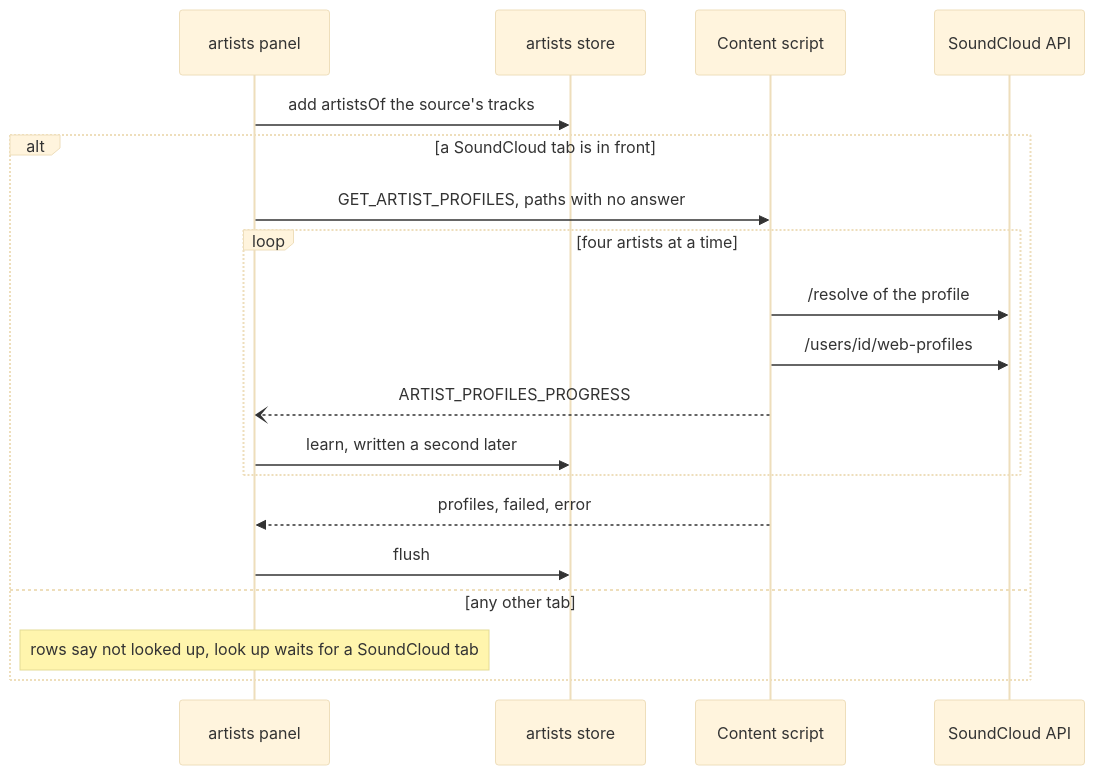
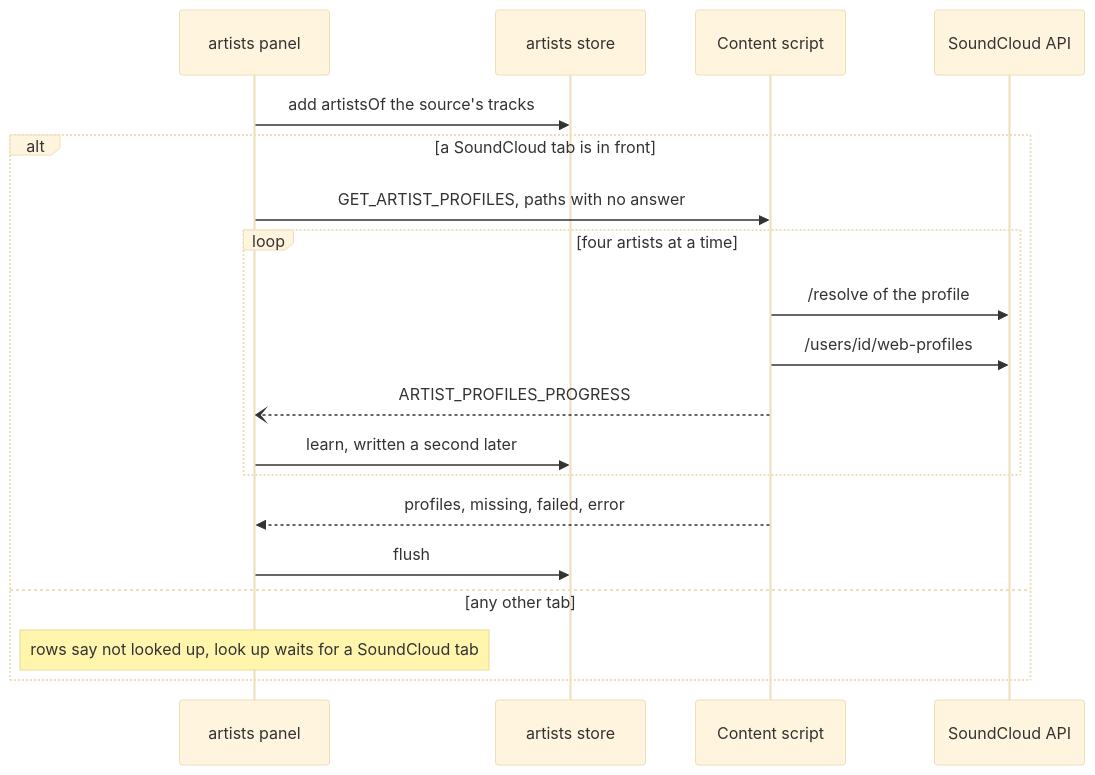
One commit to cutenode/localnetwork changed the first of 7 diagrams in apps/localtoolbox/docs/diagrams/artists-and-queue.md. Above: the diagram before and after it, drawn with Mermaid (base theme). The commit also changed other lines of this file and 4 other files, not shown here.

First line of the commit message:
docs(localtoolbox): bring the lookup, queue and downloader diagrams up to date

````diff
--- a/apps/localtoolbox/docs/diagrams/artists-and-queue.md
+++ b/apps/localtoolbox/docs/diagrams/artists-and-queue.md
@@ -17,21 +17,21 @@
 ```mermaid
 sequenceDiagram
   participant P as artists panel
   participant L as artists store
   participant C as Content script
   participant A as SoundCloud API
   P->>L: add artistsOf the source's tracks
   alt a SoundCloud tab is in front
     P->>C: GET_ARTIST_PROFILES, paths with no answer
     loop four artists at a time
       C->>A: /resolve of the profile
       C->>A: /users/id/web-profiles
       C--)P: ARTIST_PROFILES_PROGRESS
       P->>L: learn, written a second later
     end
-    C-->>P: profiles, failed, error
+    C-->>P: profiles, missing, failed, error
     P->>L: flush
   else any other tab
     Note over P: rows say not looked up, look up waits for a SoundCloud tab
   end
 ```
````
